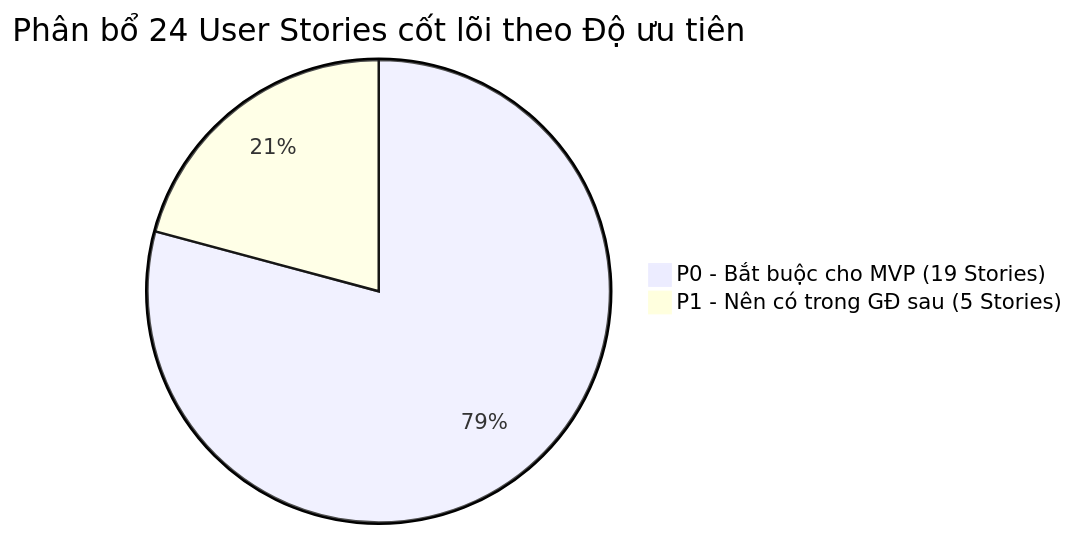
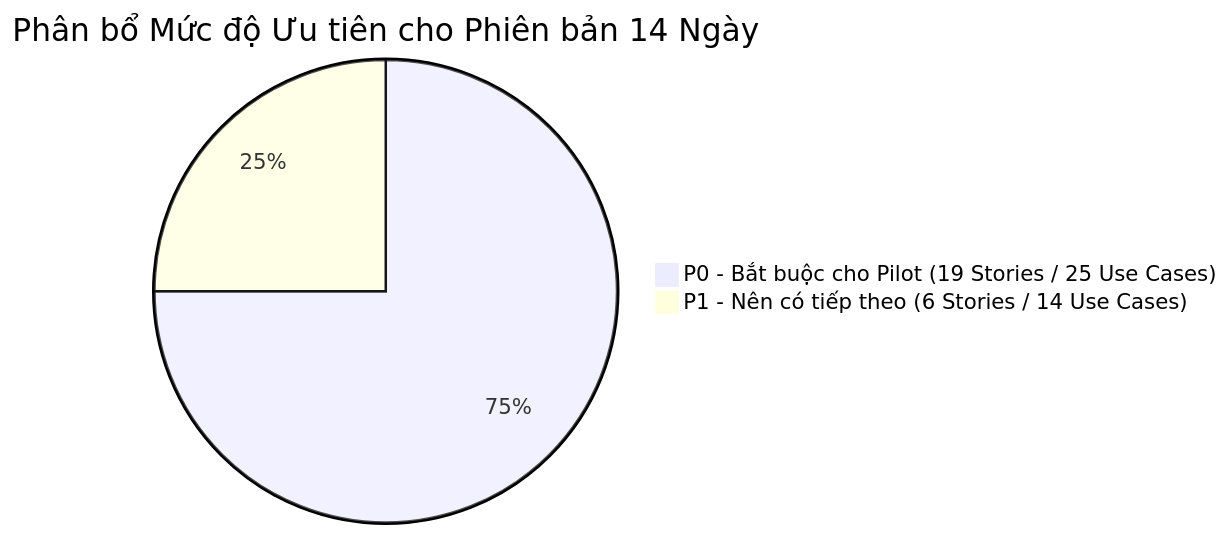
Before and after one commit to cuonglpv/VFast: the first of 2 diagrams in docs/01-MVP.md, drawn with Mermaid. The commit also changed other lines of this file and 3 other files, not shown here.

Commit message:
docs: refine README, MVP, use cases, and user stories based on formal SRS v1.0 specification

````diff
--- a/docs/01-MVP.md
+++ b/docs/01-MVP.md
@@ -121,5 +46,5 @@
 ```mermaid
-pie title Phân bổ 24 User Stories cốt lõi theo Độ ưu tiên
-    "P0 - Bắt buộc cho MVP (19 Stories)" : 19
-    "P1 - Nên có trong GĐ sau (5 Stories)" : 5
+pie title Phân bổ Mức độ Ưu tiên cho Phiên bản 14 Ngày
+    "P0 - Bắt buộc cho Pilot (19 Stories / 25 Use Cases)" : 75
+    "P1 - Nên có tiếp theo (6 Stories / 14 Use Cases)" : 25
 ```
````
